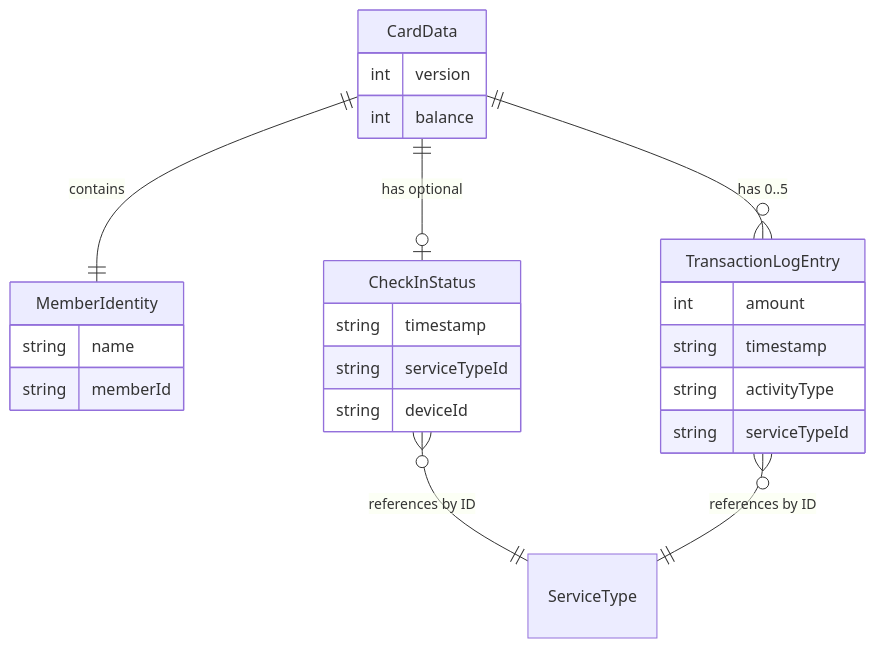
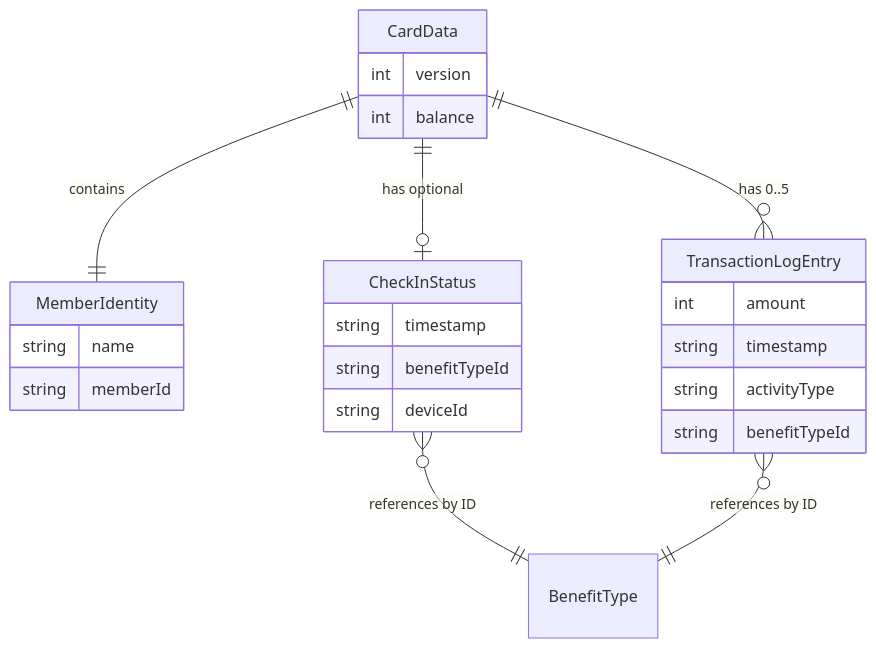
One commit to widdestoyud/assesment-s1-2026 changed the diagram in docs/wiki/membership-benefit-card/02-Data-Models/Card-Data-Schema.md. Above: the diagram before and after it, drawn with Mermaid. The commit also changed other lines of this file and 31 other files, not shown here.

First line of the commit message:
docs(mbc): Update all documentation for ServiceType to BenefitType rename

````diff
--- a/docs/wiki/membership-benefit-card/02-Data-Models/Card-Data-Schema.md
+++ b/docs/wiki/membership-benefit-card/02-Data-Models/Card-Data-Schema.md
@@ -12,28 +12,28 @@
 ```mermaid
 erDiagram
     CardData ||--|| MemberIdentity : contains
     CardData ||--o| CheckInStatus : "has optional"
     CardData ||--o{ TransactionLogEntry : "has 0..5"
-    CheckInStatus }o--|| ServiceType : "references by ID"
-    TransactionLogEntry }o--|| ServiceType : "references by ID"
+    CheckInStatus }o--|| BenefitType : "references by ID"
+    TransactionLogEntry }o--|| BenefitType : "references by ID"
 
     CardData {
         int version
         int balance
     }
     MemberIdentity {
         string name
         string memberId
     }
     CheckInStatus {
         string timestamp
-        string serviceTypeId
+        string benefitTypeId
         string deviceId
     }
     TransactionLogEntry {
         int amount
         string timestamp
         string activityType
-        string serviceTypeId
+        string benefitTypeId
     }
 ```
````
